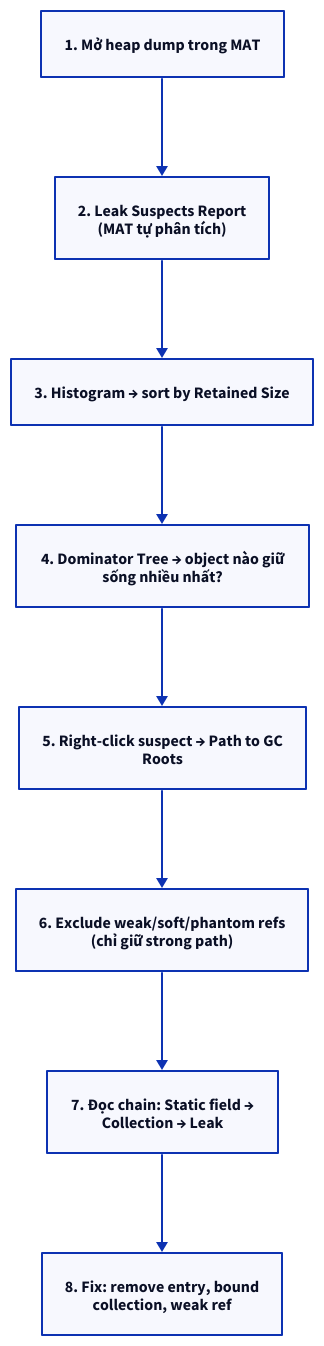
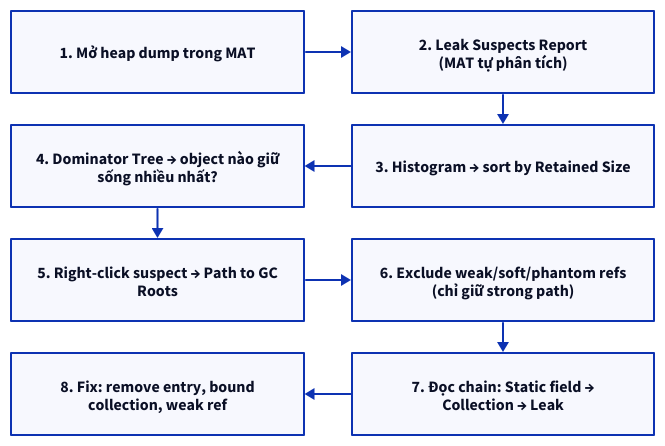
Before and after one commit to vanhiep99w/java-learn: diagram 11 of 11 in content/docs/jvm/memory-leak.md, drawn with D2. The commit also changed other lines of this file and 62 other files, not shown here.

Commit message:
feat(docs): upgrade docs-kit and optimize diagram layouts

````diff
--- a/content/docs/jvm/memory-leak.md
+++ b/content/docs/jvm/memory-leak.md
@@ -609,18 +617,21 @@
 ```d2 title="11.2. Workflow tìm leak — step by step"
-direction: down
+grid-rows: 4
+grid-columns: 2
+horizontal-gap: 48
+vertical-gap: 32
 n_A: "1. Mở heap dump trong MAT"
 n_B: "2. Leak Suspects Report\n(MAT tự phân tích)"
+n_D: "4. Dominator Tree → object nào giữ\nsống nhiều nhất?"
 n_C: "3. Histogram → sort by Retained Size"
-n_D: "4. Dominator Tree → object nào giữ\nsống nhiều nhất?"
 n_E: "5. Right-click suspect → Path to GC\nRoots"
 n_F: "6. Exclude weak/soft/phantom refs\n(chỉ giữ strong path)"
+n_H: "8. Fix: remove entry, bound\ncollection, weak ref"
 n_G: "7. Đọc chain: Static field →\nCollection → Leak"
-n_H: "8. Fix: remove entry, bound\ncollection, weak ref"
 n_A -> n_B
 n_B -> n_C
 n_C -> n_D
 n_D -> n_E
 n_E -> n_F
 n_F -> n_G
 n_G -> n_H
 ```
````
